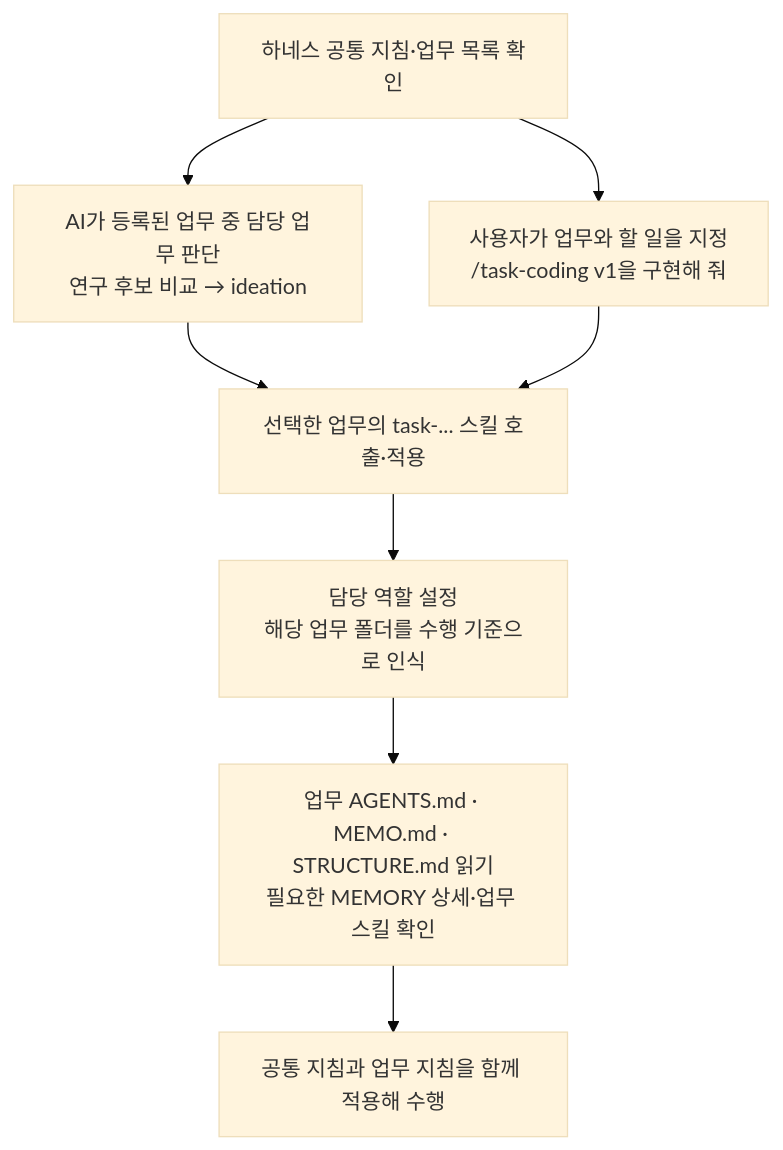
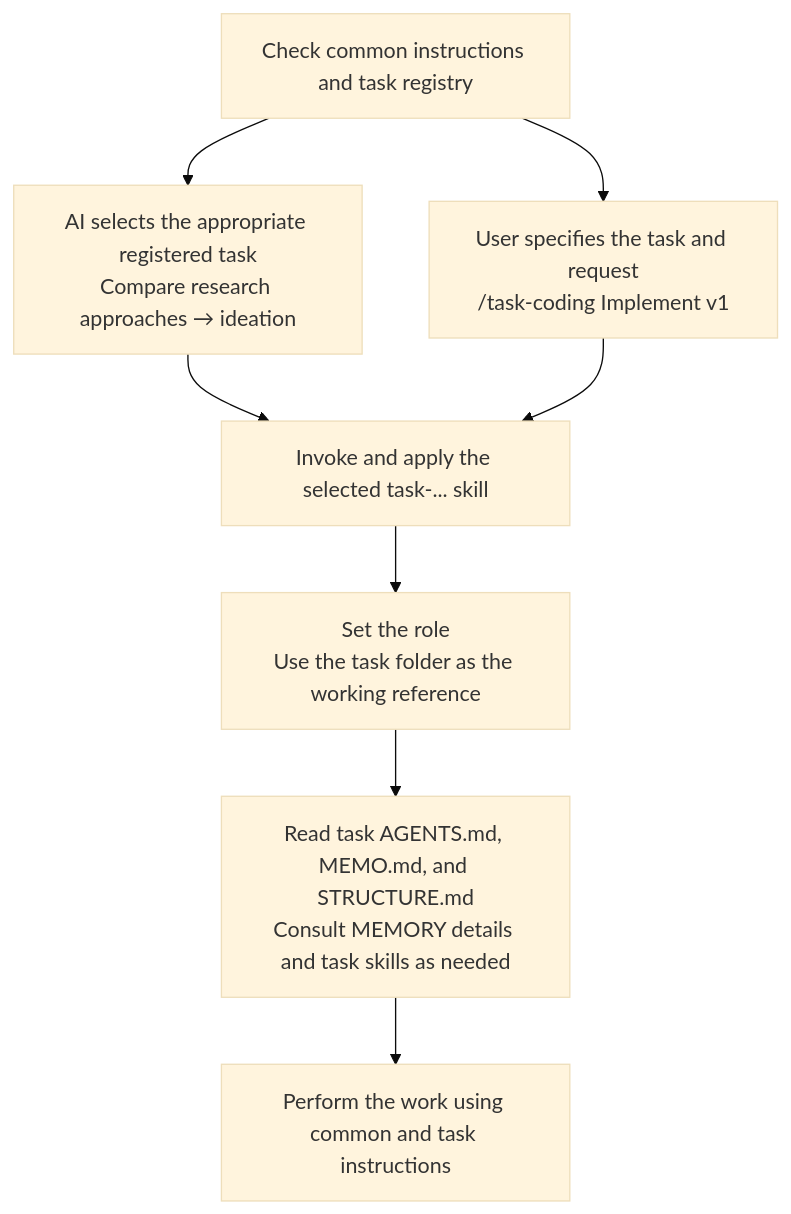
Before and after one commit to JongHwa-Shim/multi-task-harness-system: the diagram in README.md, drawn with Mermaid (base theme). The commit also changed other lines of this file and 1 other file, not shown here.

````diff
--- a/README.md
+++ b/README.md
@@ -155,10 +164,10 @@
 ```mermaid
 flowchart TD
-    R["하네스 공통 지침·업무 목록 확인"] --> A["AI가 등록된 업무 중 담당 업무 판단<br/>연구 후보 비교 → ideation"]
-    R --> B["사용자가 업무와 할 일을 지정<br/>/task-coding v1을 구현해 줘"]
-    A --> C["선택한 업무의 task-... 스킬 호출·적용"]
+    R["Check common instructions and task registry"] --> A["AI selects the appropriate registered task<br/>Compare research approaches → ideation"]
+    R --> B["User specifies the task and request<br/>/task-coding Implement v1"]
+    A --> C["Invoke and apply the selected task-... skill"]
     B --> C
-    C --> D["담당 역할 설정<br/>해당 업무 폴더를 수행 기준으로 인식"]
-    D --> E["업무 AGENTS.md · MEMO.md · STRUCTURE.md 읽기<br/>필요한 MEMORY 상세·업무 스킬 확인"]
-    E --> F["공통 지침과 업무 지침을 함께 적용해 수행"]
+    C --> D["Set the role<br/>Use the task folder as the working reference"]
+    D --> E["Read task AGENTS.md, MEMO.md, and STRUCTURE.md<br/>Consult MEMORY details and task skills as needed"]
+    E --> F["Perform the work using common and task instructions"]
 ```
````
